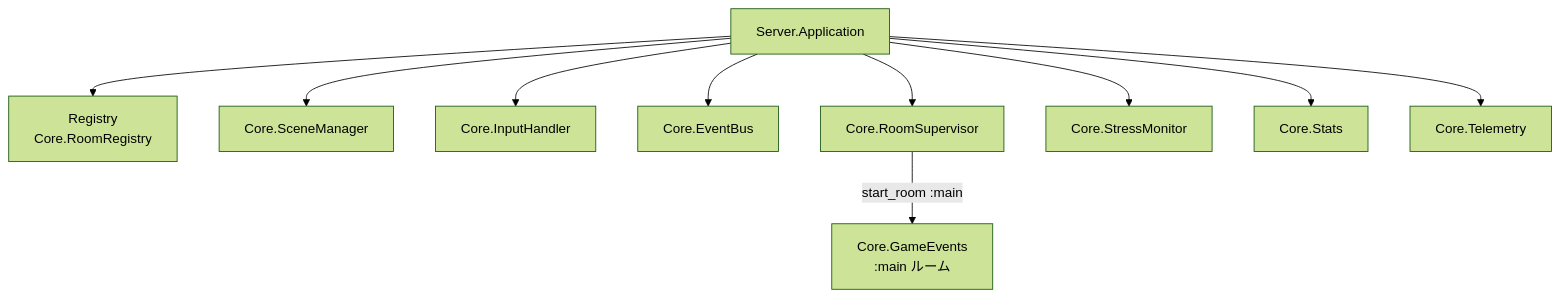
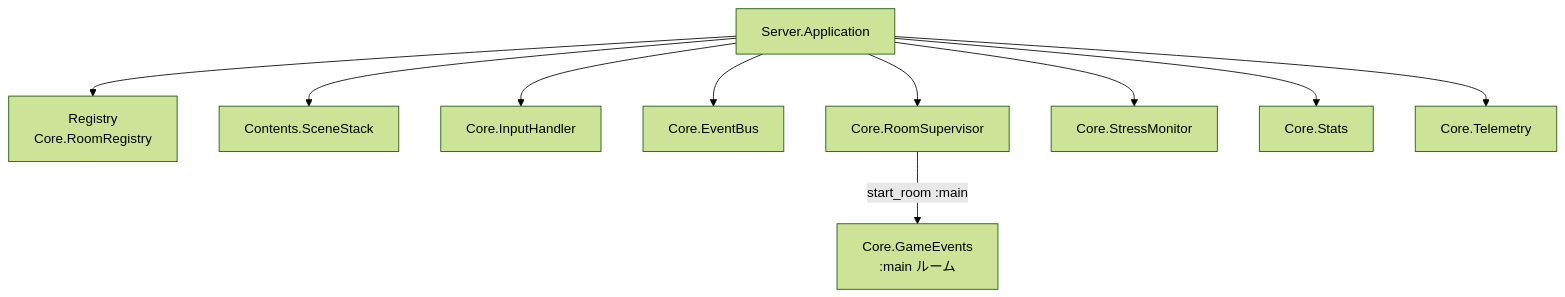
Before and after one commit to FRICK-ELDY/alchemy-engine: the second of 5 diagrams in docs/elixir-layer.md, drawn with Mermaid (forest theme). The commit also changed other lines of this file and 12 other files, not shown here.

Commit message:
Complete scene management migration to contents layer

````diff
--- a/docs/elixir-layer.md
+++ b/docs/elixir-layer.md
@@ -31,23 +31,23 @@
 ```mermaid
 graph TD
     APP[Server.Application]
     REG[Registry<br/>Core.RoomRegistry]
-    SM[Core.SceneManager]
+    SS[Contents.SceneStack]
     IH[Core.InputHandler]
     EB[Core.EventBus]
     RS[Core.RoomSupervisor]
     GEV[Core.GameEvents<br/>:main ルーム]
     MON[Core.StressMonitor]
     STATS[Core.Stats]
     TEL[Core.Telemetry]
 
     APP --> REG
-    APP --> SM
+    APP --> SS
     APP --> IH
     APP --> EB
     APP --> RS
     RS -->|start_room :main| GEV
     APP --> MON
     APP --> STATS
     APP --> TEL
 ```
````
